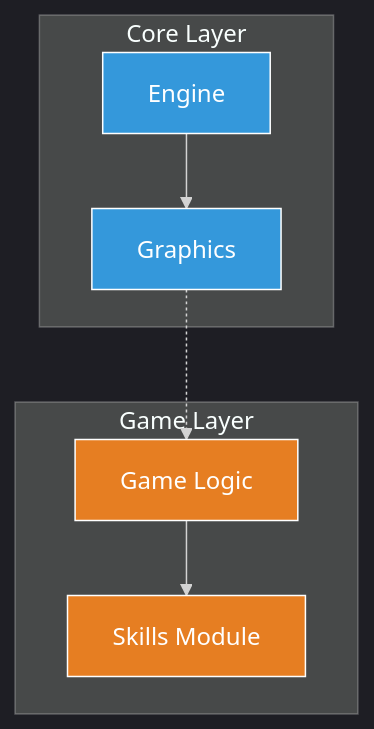
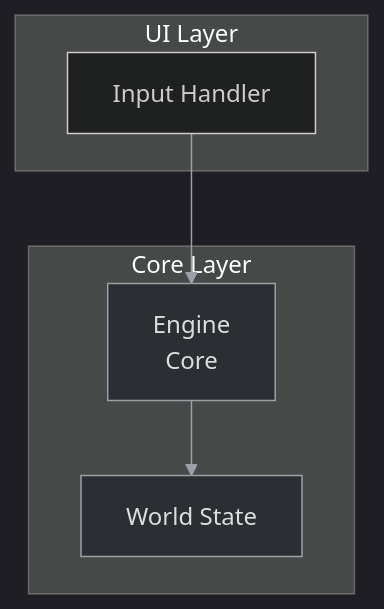
One commit to lukaszj321/otcv8-dev changed the second of 2 diagrams in docs/authoring/_instructions/diagram_system/README.md. Above: the diagram before and after it, drawn with Mermaid. The commit also changed other lines of this file, not shown here.

First line of the commit message:
Refine language and clarity in diagram system README

````diff
--- a/docs/authoring/_instructions/diagram_system/README.md
+++ b/docs/authoring/_instructions/diagram_system/README.md
@@ -412,25 +273,17 @@
 ```mermaid
-%%{init: {'theme':'dark','securityLevel':'loose'}}%%
+%%{init: {'theme':'dark','themeVariables': {'primaryTextColor':'#ddd','lineColor':'#9aa0a6'}, 'securityLevel':'loose'}}%%
 graph TD
-    subgraph "Core Layer"
-        A["Engine"]
-        B["Graphics"]
-    end
-    
-    subgraph "Game Layer"
-        C["Game Logic"]
-        D["Skills Module"]
-    end
-    
-    A --> B
-    C --> D
-    B -.-> C
-    
-    click D "./index.html#facet-12_otmod.game_skills" "Open game_skills"
-    
-    classDef core fill:#3498db,stroke:#fff,color:#fff
-    classDef game fill:#e67e22,stroke:#fff,color:#fff
-    
-    class A,B core
-    class C,D game
+  subgraph "Core Layer"
+    A["Engine<br/>Core"]
+    B["World State"]
+  end
+  subgraph "UI Layer"
+    C["Input Handler"]
+  end
+  A --> B
+  C --> A
+  classDef core fill:#2b2f33,stroke:#9aa0a6,color:#ddd;
+  class A,B core
+  click A "./index.html#facet-01_core.engine" "Open Engine docs"
+  %% Fallback: Engine -> ./index.html#facet-01_core.engine
 ```
````
